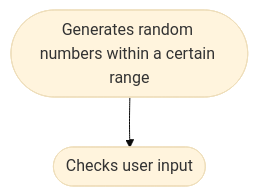
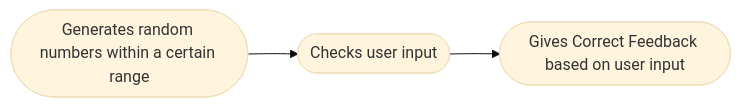
Before and after one commit to AngieRodriguez1/angierodriguez1.github.io: the diagram in guessing.md, drawn with Mermaid (base theme).

````diff
--- a/guessing.md
+++ b/guessing.md
@@ -1,4 +1,4 @@
 ```mermaid
-flowchart TD
-    A([Generates random numbers within a certain range]) --> B([Checks user input])
+flowchart LR
+    A([Generates random numbers within a certain range]) --> B([Checks user input]) --> C([Gives Correct Feedback based on user input])
 ```
````
